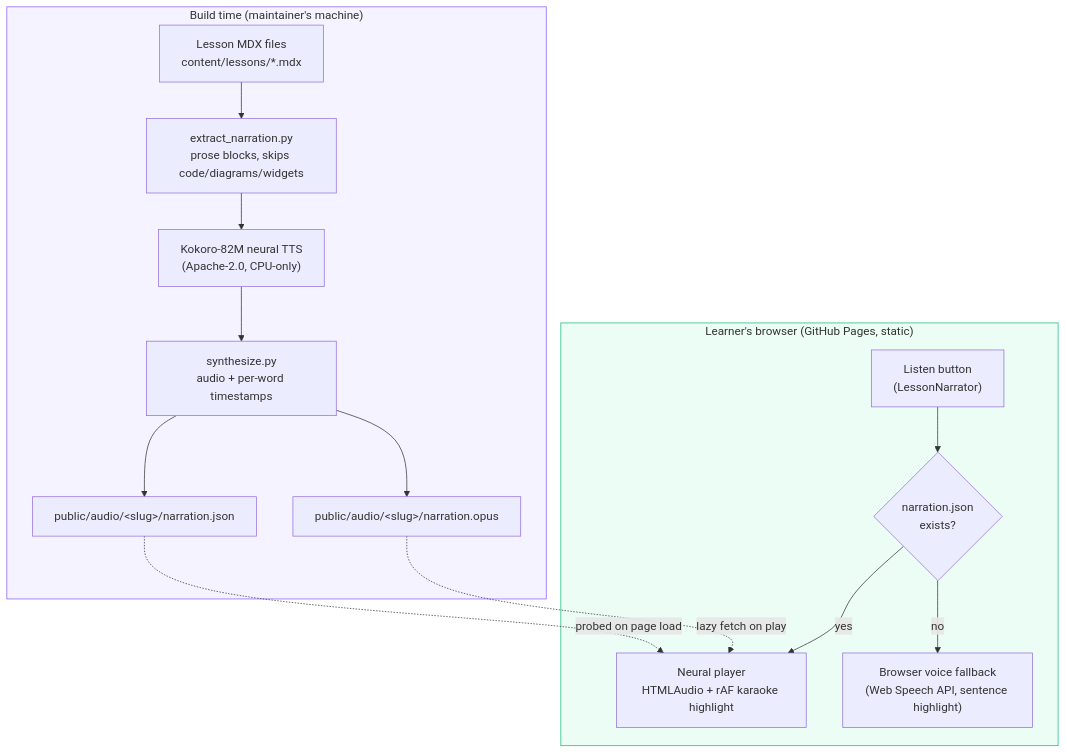
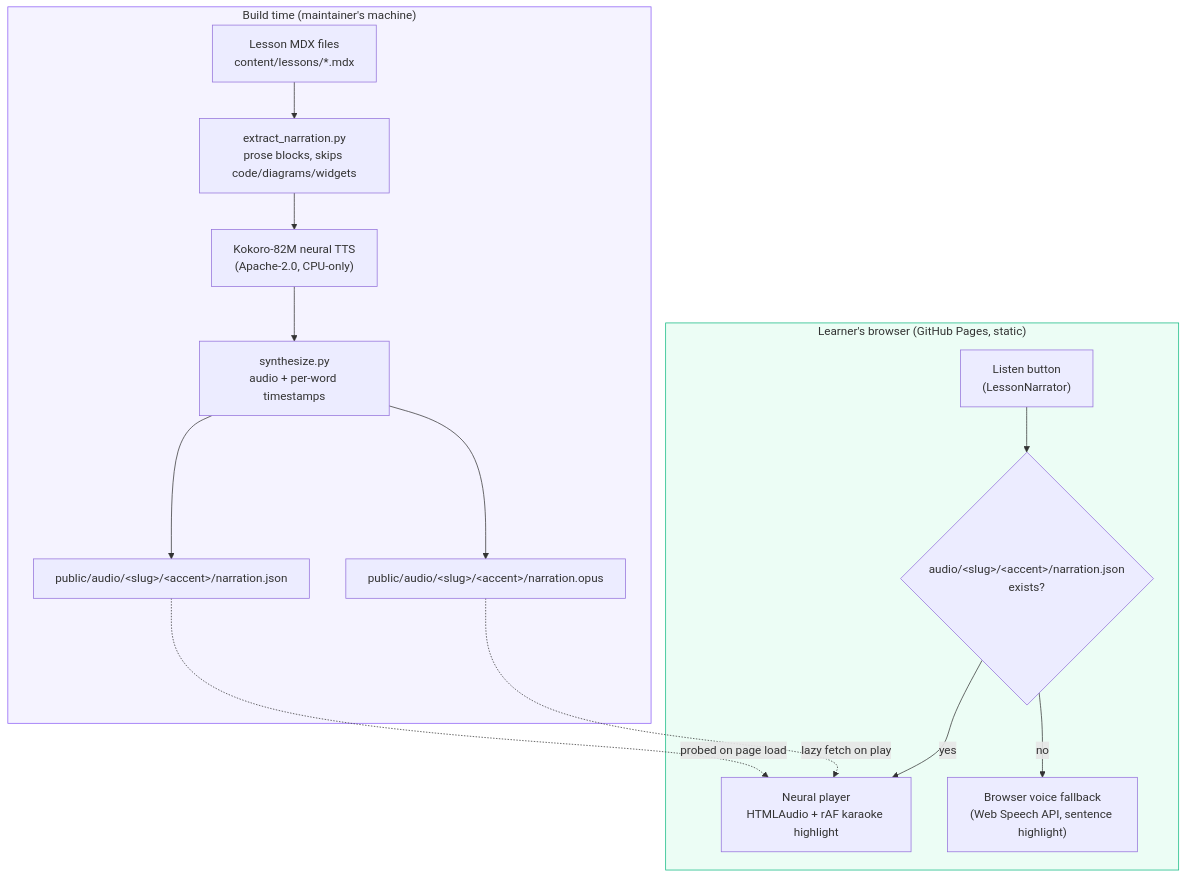
The diagram in docs/listen-natural-tts.md (veeresh-bikkaneti/system-design-and-architecture), drawn with Mermaid before and after one commit. The commit also changed other lines of this file and 1 other file, not shown here.

First line of the commit message:
docs: canonical architecture doc; refresh listen-mode doc for per-accent layout

````diff
--- a/docs/listen-natural-tts.md
+++ b/docs/listen-natural-tts.md
@@ -9,27 +9,27 @@
 ```mermaid
 flowchart TB
     subgraph BUILD["Build time (maintainer's machine)"]
         MDX["Lesson MDX files<br/>content/lessons/*.mdx"]
         EXT["extract_narration.py<br/>prose blocks, skips code/diagrams/widgets"]
         KOK["Kokoro-82M neural TTS<br/>(Apache-2.0, CPU-only)"]
         SYN["synthesize.py<br/>audio + per-word timestamps"]
         MDX --> EXT --> KOK --> SYN
-        SYN --> OPUS["public/audio/&lt;slug&gt;/narration.opus"]
-        SYN --> JSON["public/audio/&lt;slug&gt;/narration.json"]
+        SYN --> OPUS["public/audio/&lt;slug&gt;/&lt;accent&gt;/narration.opus"]
+        SYN --> JSON["public/audio/&lt;slug&gt;/&lt;accent&gt;/narration.json"]
     end
 
     subgraph SITE["Learner's browser (GitHub Pages, static)"]
         BTN["Listen button<br/>(LessonNarrator)"]
-        PROBE{"narration.json<br/>exists?"}
+        PROBE{"audio/&lt;slug&gt;/&lt;accent&gt;/narration.json<br/>exists?"}
         PLAYER["Neural player<br/>HTMLAudio + rAF karaoke highlight"]
         FALLBACK["Browser voice fallback<br/>(Web Speech API, sentence highlight)"]
         BTN --> PROBE
         PROBE -->|yes| PLAYER
         PROBE -->|no| FALLBACK
         OPUS -.->|lazy fetch on play| PLAYER
         JSON -.->|probed on page load| PLAYER
     end
 
     style BUILD fill:#f5f3ff,stroke:#8b5cf6
     style SITE fill:#ecfdf5,stroke:#10b981
 ```
````
